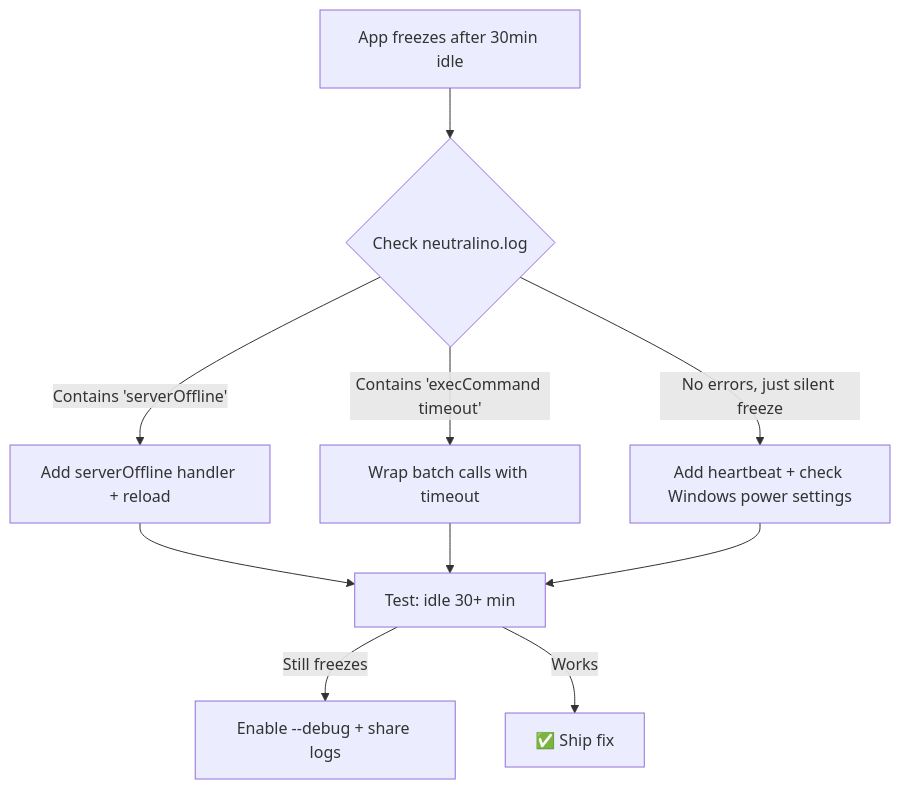
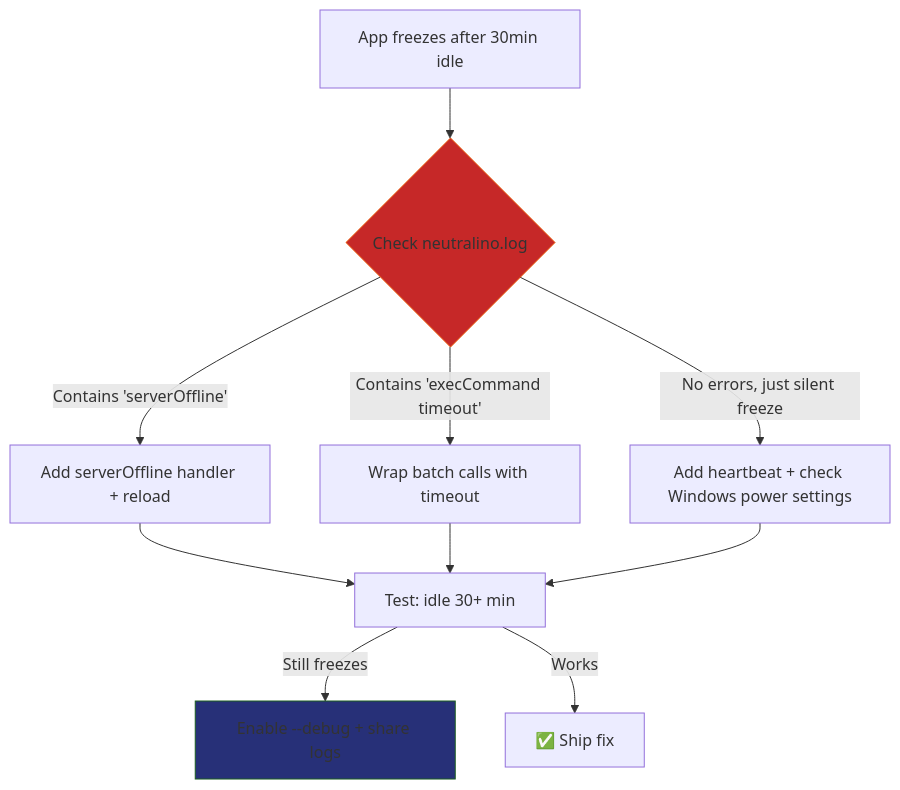
The first of 6 diagrams in troubleshooting.md (Amp-Manager/docs), drawn with Mermaid before and after one commit. The commit also changed other lines of this file and 7 other files, not shown here.

````diff
--- a/troubleshooting.md
+++ b/troubleshooting.md
@@ -11,12 +11,15 @@
 ```mermaid
 graph TD
     A[App freezes after 30min idle] --> B{Check neutralino.log};
     B -->|Contains 'serverOffline'| C[Add serverOffline handler + reload];
     B -->|Contains 'execCommand timeout'| D[Wrap batch calls with timeout];
     B -->|No errors, just silent freeze| E[Add heartbeat + check Windows power settings];
     C --> F[Test: idle 30+ min];
     D --> F;
     E --> F;
     F -->|Still freezes| G[Enable --debug + share logs];
     F -->|Works| H[✅ Ship fix];
+
+    style B fill:#c62828,stroke:#e65100
+    style G fill:#273078,stroke:#1b5e20
 ```
````
